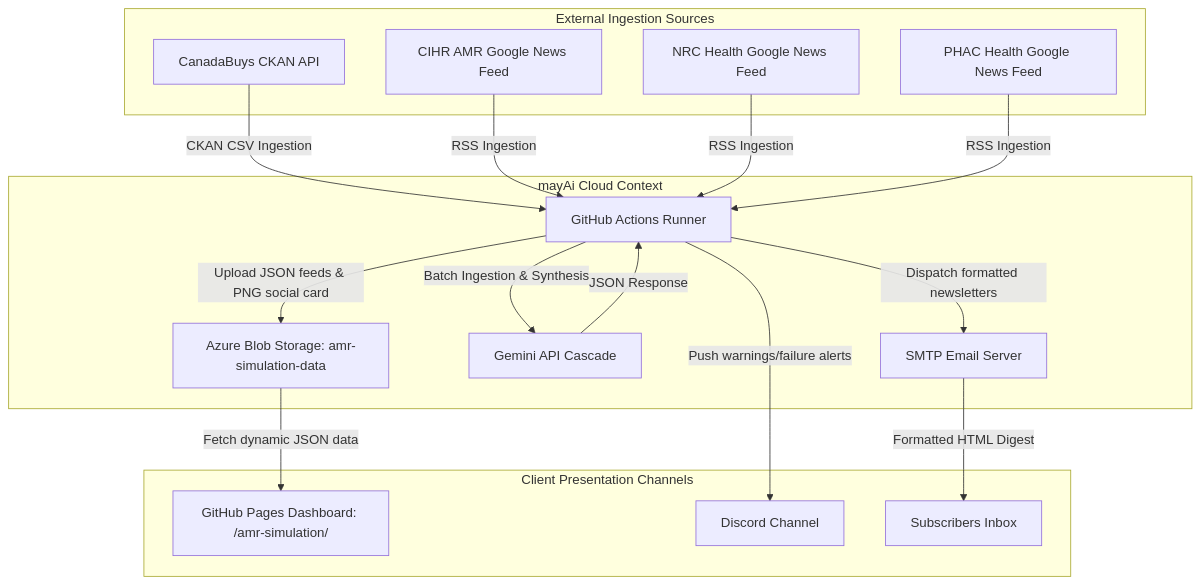
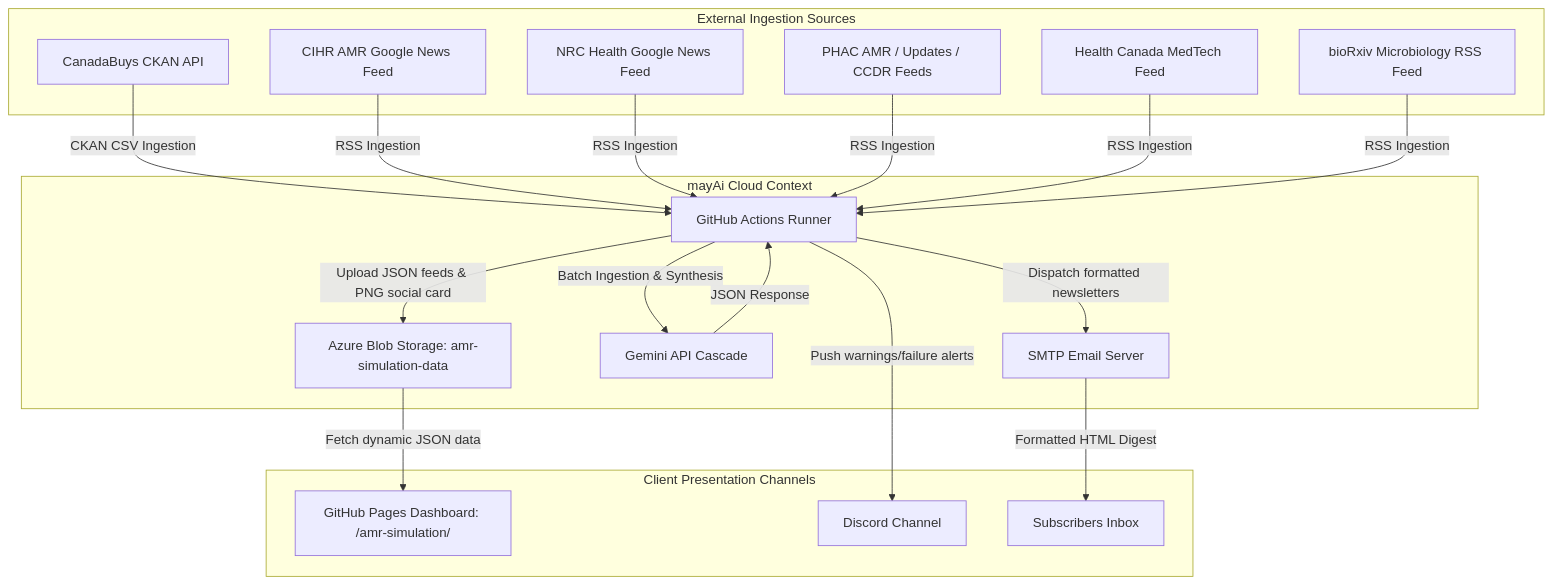
The first of 2 diagrams in docs/architecture_arc42_amr_simulation.md (4mayAi/canadian-grant-intelligence), drawn with Mermaid before and after one commit. The commit also changed other lines of this file and 11 other files, not shown here.

Commit message:
Update arc42 architecture documents and log recent sessions

````diff
--- a/docs/architecture_arc42_amr_simulation.md
+++ b/docs/architecture_arc42_amr_simulation.md
@@ -41,37 +41,41 @@
 ```mermaid
 graph TD
     subgraph External Ingestion Sources
         CB[CanadaBuys CKAN API]
         CIHR[CIHR AMR Google News Feed]
         NRC[NRC Health Google News Feed]
-        PHAC[PHAC Health Google News Feed]
+        PHAC[PHAC AMR / Updates / CCDR Feeds]
+        HC[Health Canada MedTech Feed]
+        BIO[bioRxiv Microbiology RSS Feed]
     end
 
     subgraph mayAi Cloud Context
         GHA[GitHub Actions Runner]
         AZ[Azure Blob Storage: amr-simulation-data]
         LLM[Gemini API Cascade]
         SMTP[SMTP Email Server]
     end
 
     subgraph Client Presentation Channels
         GH[GitHub Pages Dashboard: /amr-simulation/]
         DIS[Discord Channel]
         USR[Subscribers Inbox]
     end
 
     CB -->|CKAN CSV Ingestion| GHA
     CIHR -->|RSS Ingestion| GHA
     NRC -->|RSS Ingestion| GHA
     PHAC -->|RSS Ingestion| GHA
+    HC -->|RSS Ingestion| GHA
+    BIO -->|RSS Ingestion| GHA
 
     GHA -->|Batch Ingestion & Synthesis| LLM
     LLM -->|JSON Response| GHA
 
     GHA -->|Upload JSON feeds & PNG social card| AZ
     GHA -->|Push warnings/failure alerts| DIS
     GHA -->|Dispatch formatted newsletters| SMTP
 
     AZ -->|Fetch dynamic JSON data| GH
     SMTP -->|Formatted HTML Digest| USR
 ```
````
